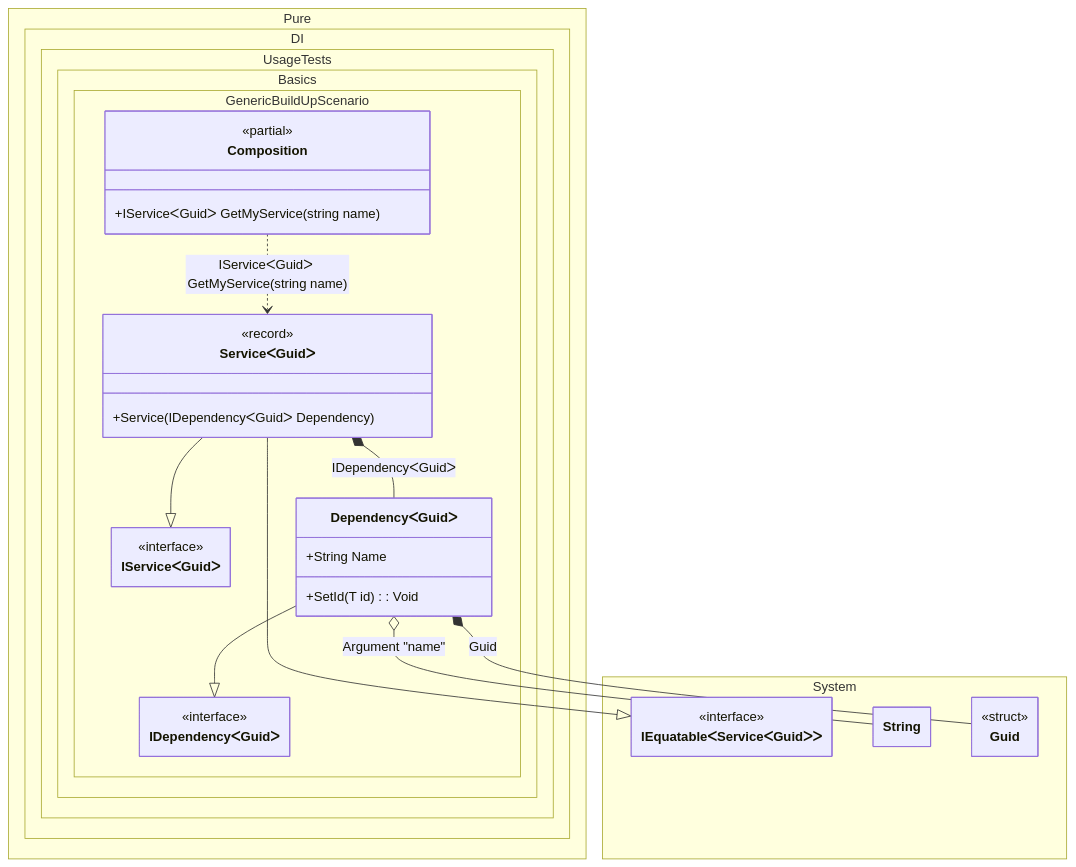
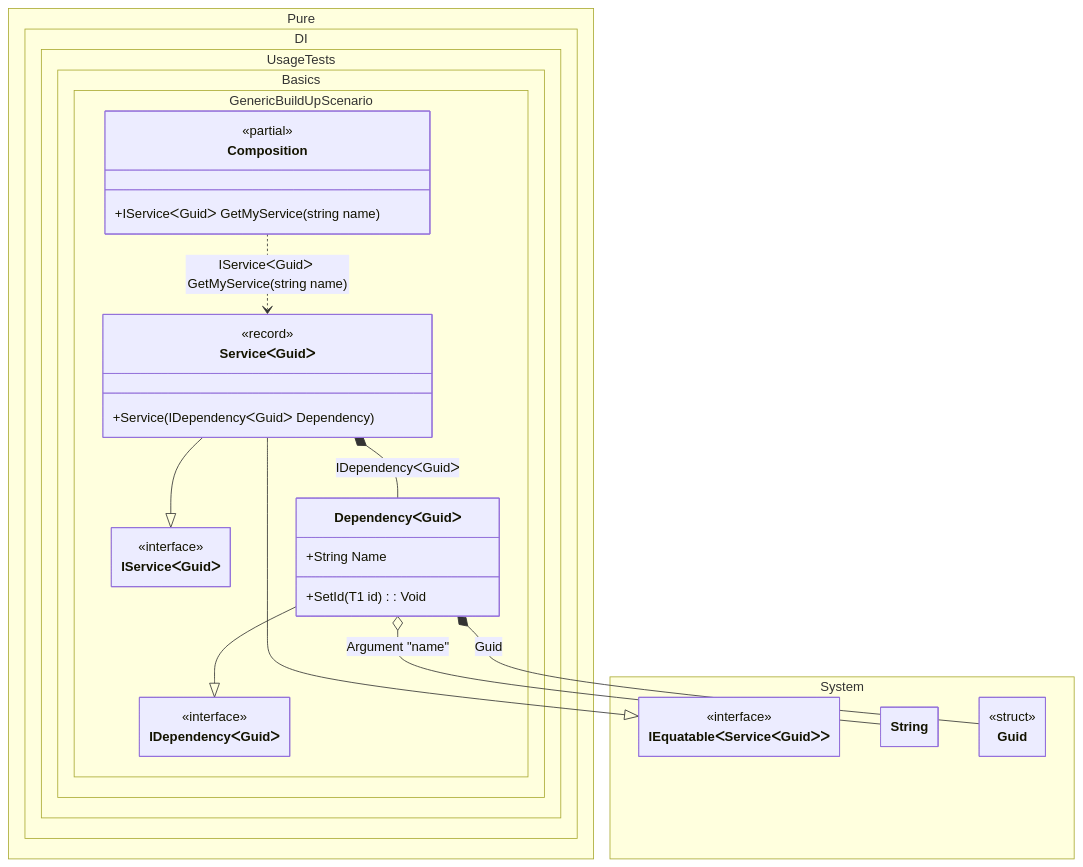
One commit to DevTeam/Pure.DI changed the diagram in readme/build-up-of-an-existing-generic-object.md. Above: the diagram before and after it, drawn with Mermaid. The commit also changed 10 other files, not shown here.

````diff
--- a/readme/build-up-of-an-existing-generic-object.md
+++ b/readme/build-up-of-an-existing-generic-object.md
@@ -124,45 +124,45 @@
 ```mermaid
 ---
  config:
   class:
    hideEmptyMembersBox: true
 ---
 classDiagram
 	ServiceᐸGuidᐳ --|> IServiceᐸGuidᐳ
 	ServiceᐸGuidᐳ --|> IEquatableᐸServiceᐸGuidᐳᐳ
 	DependencyᐸGuidᐳ --|> IDependencyᐸGuidᐳ
 	Composition ..> ServiceᐸGuidᐳ : IServiceᐸGuidᐳ GetMyService(string name)
 	ServiceᐸGuidᐳ *--  DependencyᐸGuidᐳ : IDependencyᐸGuidᐳ
 	DependencyᐸGuidᐳ o-- String : Argument "name"
 	DependencyᐸGuidᐳ *--  Guid : Guid
 	namespace Pure.DI.UsageTests.Basics.GenericBuildUpScenario {
 		class Composition {
 		<<partial>>
 		+IServiceᐸGuidᐳ GetMyService(string name)
 		}
 		class DependencyᐸGuidᐳ {
 			+String Name
-			+SetId(T id) : Void
+			+SetId(T1 id) : Void
 		}
 		class IDependencyᐸGuidᐳ {
 			<<interface>>
 		}
 		class IServiceᐸGuidᐳ {
 			<<interface>>
 		}
 		class ServiceᐸGuidᐳ {
 				<<record>>
 			+Service(IDependencyᐸGuidᐳ Dependency)
 		}
 	}
 	namespace System {
 		class Guid {
 				<<struct>>
 		}
 		class IEquatableᐸServiceᐸGuidᐳᐳ {
 			<<interface>>
 		}
 		class String {
 		}
 	}
 ```
````
